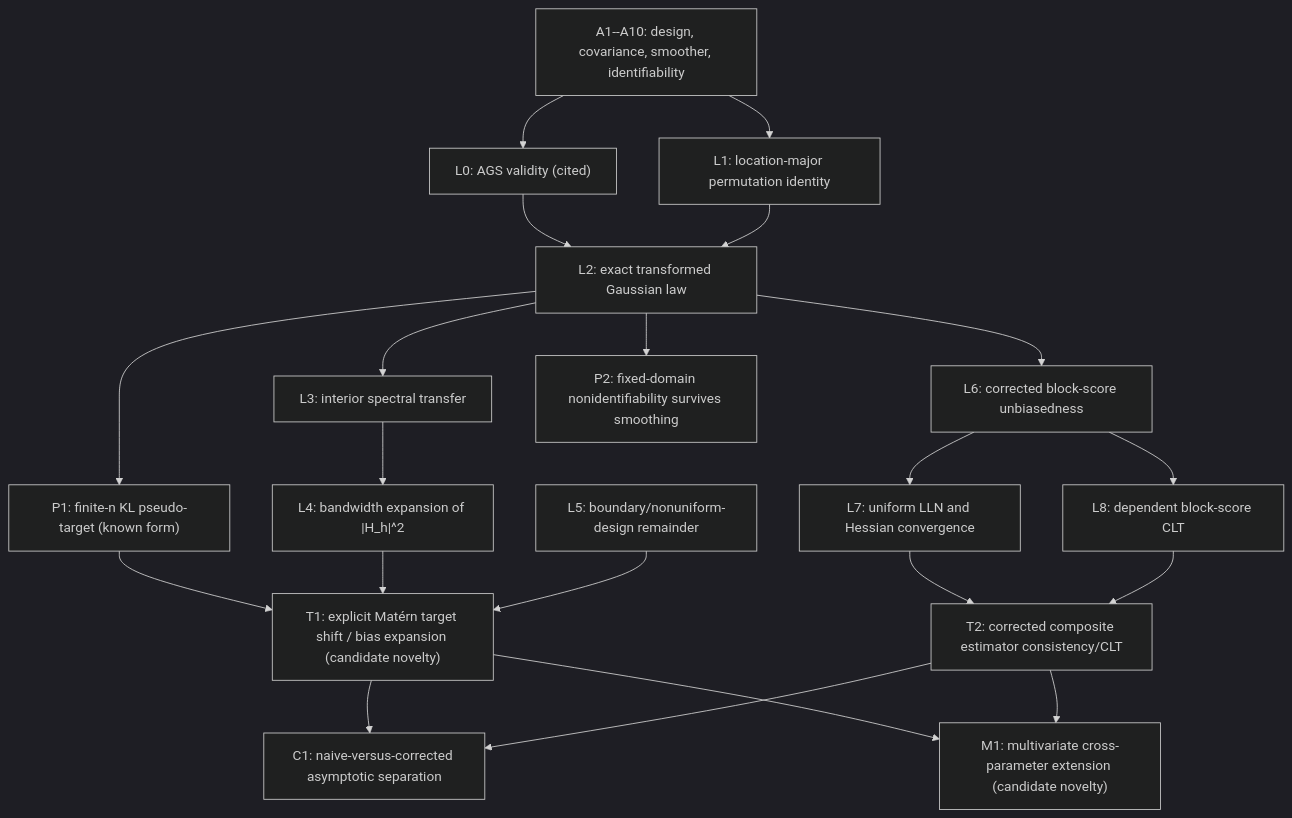
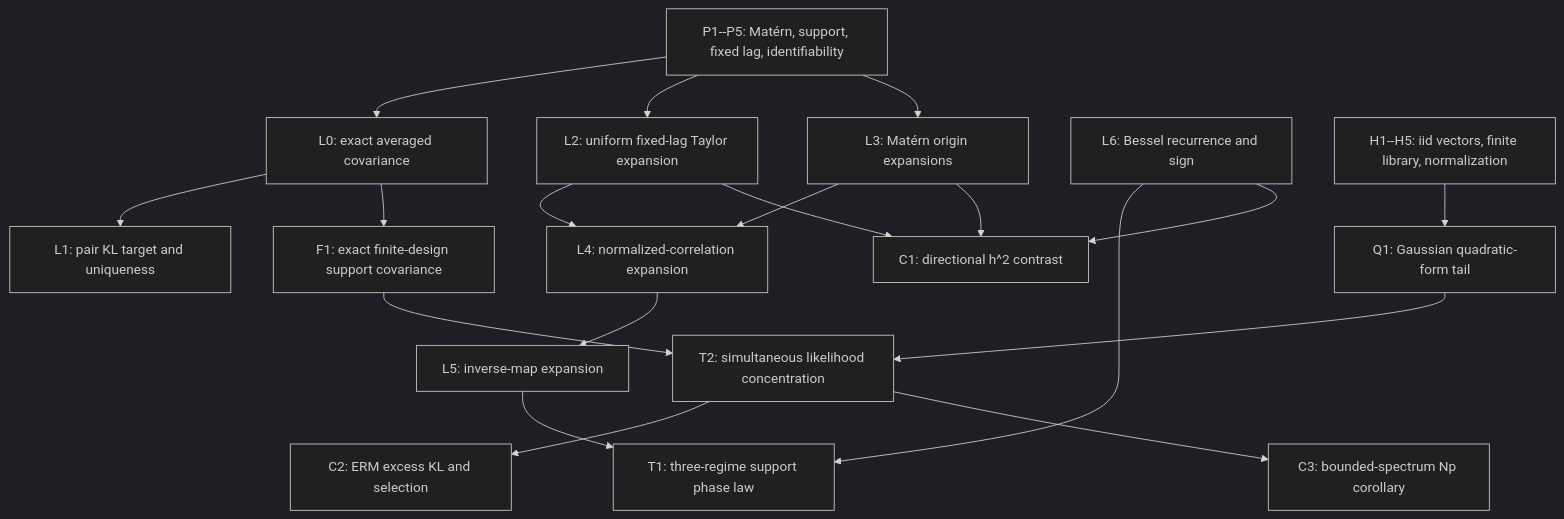
Before and after one commit to Sasha-Cui/HighDimSpatialStatistics: the diagram in docs/research/THEORY_DEPENDENCY_MAP.md, drawn with Mermaid (dark theme). The commit also changed other lines of this file and 1 other file, not shown here.

Commit message:
Define SupportShift theorem benchmark

````diff
--- a/docs/research/THEORY_DEPENDENCY_MAP.md
+++ b/docs/research/THEORY_DEPENDENCY_MAP.md
@@ -80,40 +96,34 @@
 ```mermaid
 flowchart TD
-  A["A1--A10: design, covariance, smoother, identifiability"]
-  L0["L0: AGS validity (cited)"]
-  L1["L1: location-major permutation identity"]
-  L2["L2: exact transformed Gaussian law"]
-  L3["L3: interior spectral transfer"]
-  P1["P1: finite-n KL pseudo-target (known form)"]
-  L4["L4: bandwidth expansion of |H_h|^2"]
-  L5["L5: boundary/nonuniform-design remainder"]
-  T1["T1: explicit Matérn target shift / bias expansion (candidate novelty)"]
-  L6["L6: corrected block-score unbiasedness"]
-  L7["L7: uniform LLN and Hessian convergence"]
-  L8["L8: dependent block-score CLT"]
-  T2["T2: corrected composite estimator consistency/CLT"]
-  C1["C1: naive-versus-corrected asymptotic separation"]
-  P2["P2: fixed-domain nonidentifiability survives smoothing"]
-  M1["M1: multivariate cross-parameter extension (candidate novelty)"]
+  P["P1--P5: Matérn, support, fixed lag, identifiability"]
+  L0["L0: exact averaged covariance"]
+  L1["L1: pair KL target and uniqueness"]
+  L2["L2: uniform fixed-lag Taylor expansion"]
+  L3["L3: Matérn origin expansions"]
+  L4["L4: normalized-correlation expansion"]
+  L5["L5: inverse-map expansion"]
+  L6["L6: Bessel recurrence and sign"]
+  T1["T1: three-regime support phase law"]
+  C1["C1: directional h^2 contrast"]
+  F1["F1: exact finite-design support covariance"]
+  H["H1--H5: iid vectors, finite library, normalization"]
+  Q1["Q1: Gaussian quadratic-form tail"]
+  T2["T2: simultaneous likelihood concentration"]
+  C2["C2: ERM excess KL and selection"]
+  C3["C3: bounded-spectrum Np corollary"]
 
-  A --> L0
-  A --> L1
-  L0 --> L2
-  L1 --> L2
-  L2 --> P1
-  L2 --> L3
-  L3 --> L4
-  P1 --> T1
-  L4 --> T1
+  P --> L0 --> L1
+  P --> L2
+  P --> L3
+  L2 --> L4
+  L3 --> L4 --> L5
   L5 --> T1
-  L2 --> L6
-  L6 --> L7
-  L6 --> L8
-  L7 --> T2
-  L8 --> T2
-  T1 --> C1
-  T2 --> C1
-  T1 --> M1
-  T2 --> M1
-  L2 --> P2
+  L6 --> T1
+  L2 --> C1
+  L3 --> C1
+  L6 --> C1
+  L0 --> F1
+  H --> Q1 --> T2 --> C2
+  T2 --> C3
+  F1 --> T2
 ```
````
